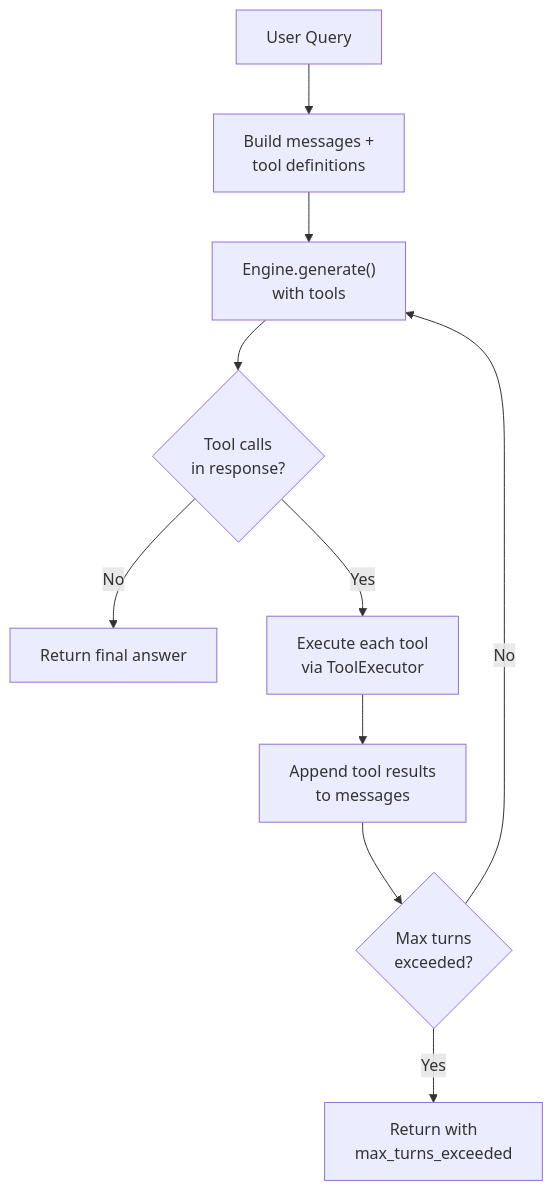
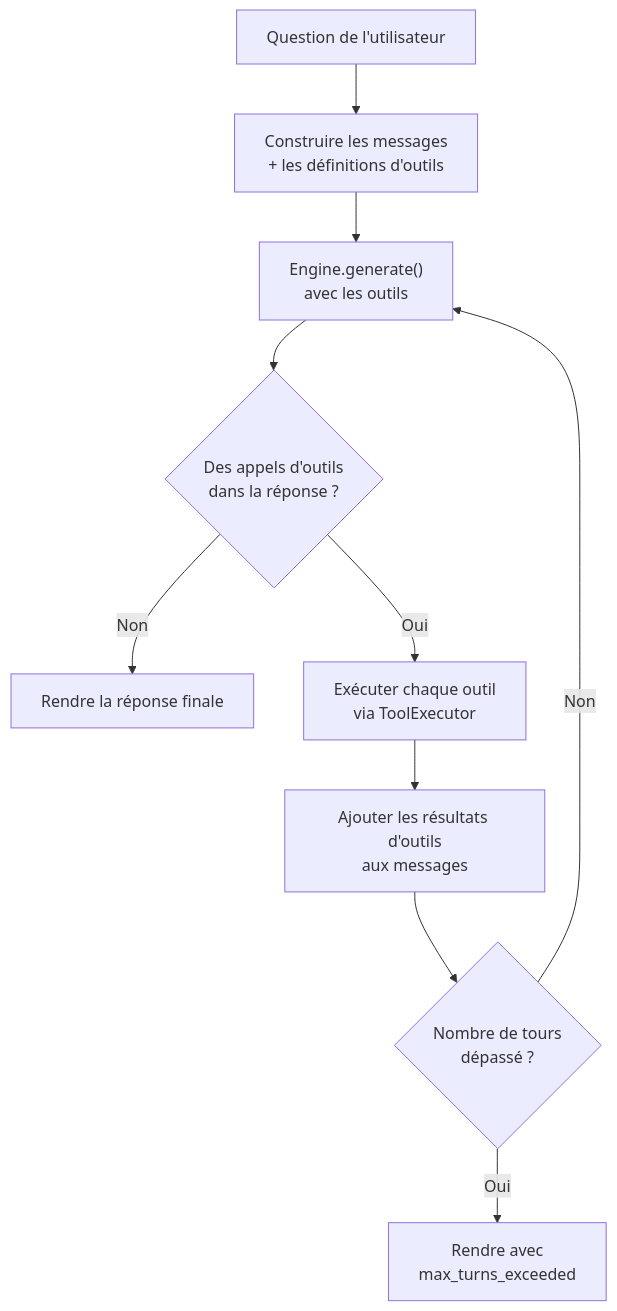
Before and after one commit to carlitoetienne01-spec/Diapason: the second of 6 diagrams in docs/architecture/agents.md, drawn with Mermaid. The commit also changed other lines of this file and 257 other files, not shown here.

````diff
--- a/docs/architecture/agents.md
+++ b/docs/architecture/agents.md
@@ -173,12 +173,12 @@
 ```mermaid
 graph TD
-    Q["User Query"] --> BUILD["Build messages +<br/>tool definitions"]
-    BUILD --> GEN["Engine.generate()<br/>with tools"]
-    GEN --> CHECK{"Tool calls<br/>in response?"}
-    CHECK -->|No| DONE["Return final answer"]
-    CHECK -->|Yes| EXEC["Execute each tool<br/>via ToolExecutor"]
-    EXEC --> APPEND["Append tool results<br/>to messages"]
-    APPEND --> MAXCHECK{"Max turns<br/>exceeded?"}
-    MAXCHECK -->|No| GEN
-    MAXCHECK -->|Yes| TIMEOUT["Return with<br/>max_turns_exceeded"]
+    Q["Question de l'utilisateur"] --> BUILD["Construire les messages<br/>+ les définitions d'outils"]
+    BUILD --> GEN["Engine.generate()<br/>avec les outils"]
+    GEN --> CHECK{"Des appels d'outils<br/>dans la réponse ?"}
+    CHECK -->|Non| DONE["Rendre la réponse finale"]
+    CHECK -->|Oui| EXEC["Exécuter chaque outil<br/>via ToolExecutor"]
+    EXEC --> APPEND["Ajouter les résultats d'outils<br/>aux messages"]
+    APPEND --> MAXCHECK{"Nombre de tours<br/>dépassé ?"}
+    MAXCHECK -->|Non| GEN
+    MAXCHECK -->|Oui| TIMEOUT["Rendre avec<br/>max_turns_exceeded"]
 ```
````
